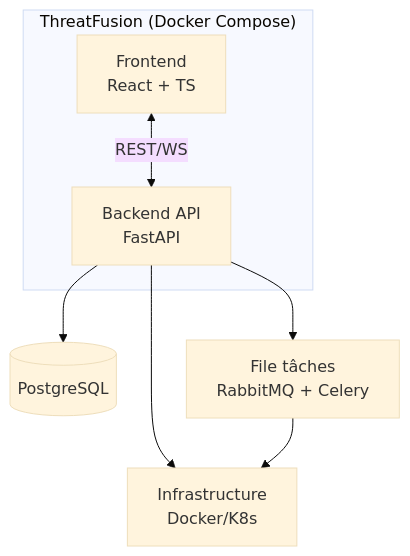
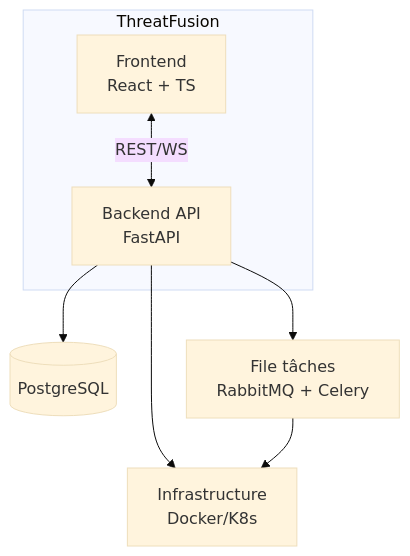
One commit to laymouna7/threatfusion changed the diagram in apps/docs/content/docs/architecture.mdx. Above: the diagram before and after it, drawn with Mermaid (base theme). The commit also changed 14 other files, not shown here.

````diff
--- a/apps/docs/content/docs/architecture.mdx
+++ b/apps/docs/content/docs/architecture.mdx
@@ -11,13 +11,13 @@
 ```mermaid
 flowchart TB
-    subgraph TF["ThreatFusion (Docker Compose)"]
+    subgraph TF["ThreatFusion"]
         FE["Frontend<br/>React + TS"]
         BE["Backend API<br/>FastAPI"]
         FE <-->|"REST/WS"| BE
     end
 
     BE --> PG[("PostgreSQL")]
     BE --> RQ["File tâches<br/>RabbitMQ + Celery"]
     BE --> INF["Infrastructure<br/>Docker/K8s"]
     RQ --> INF
 ```
````
